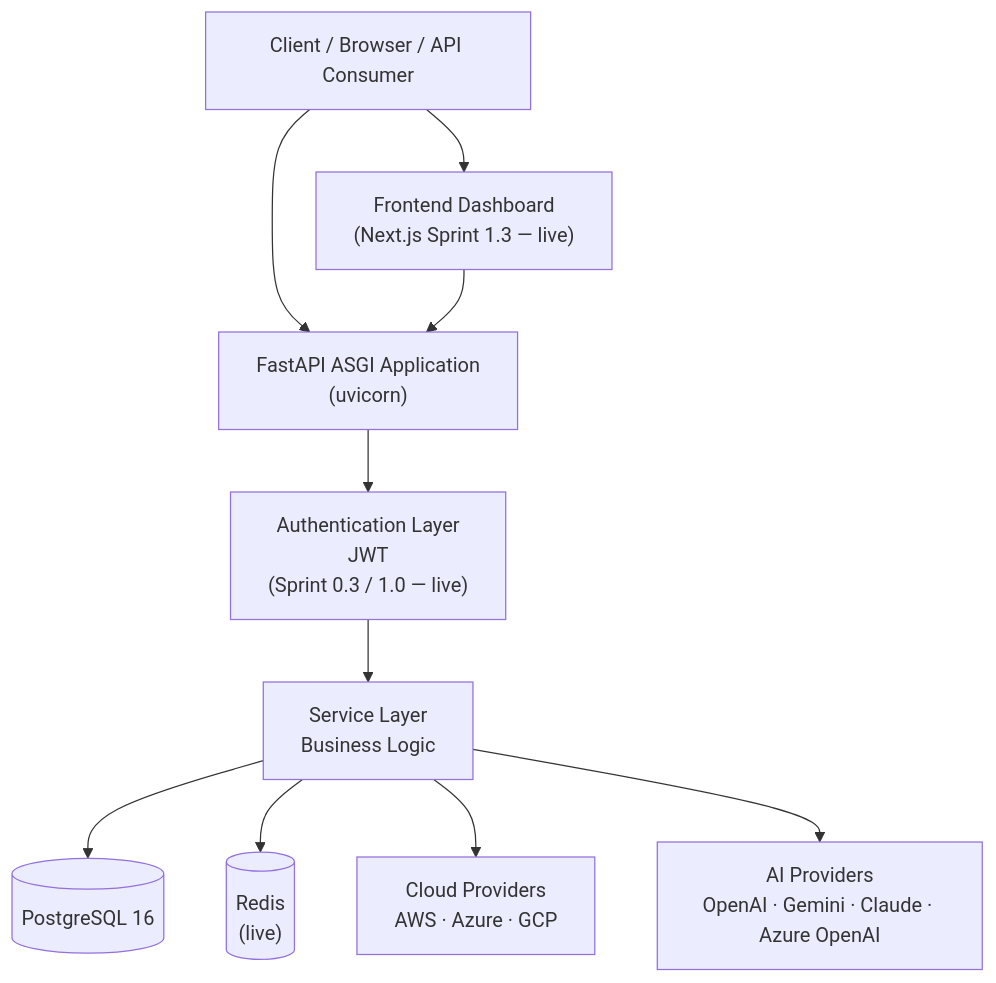
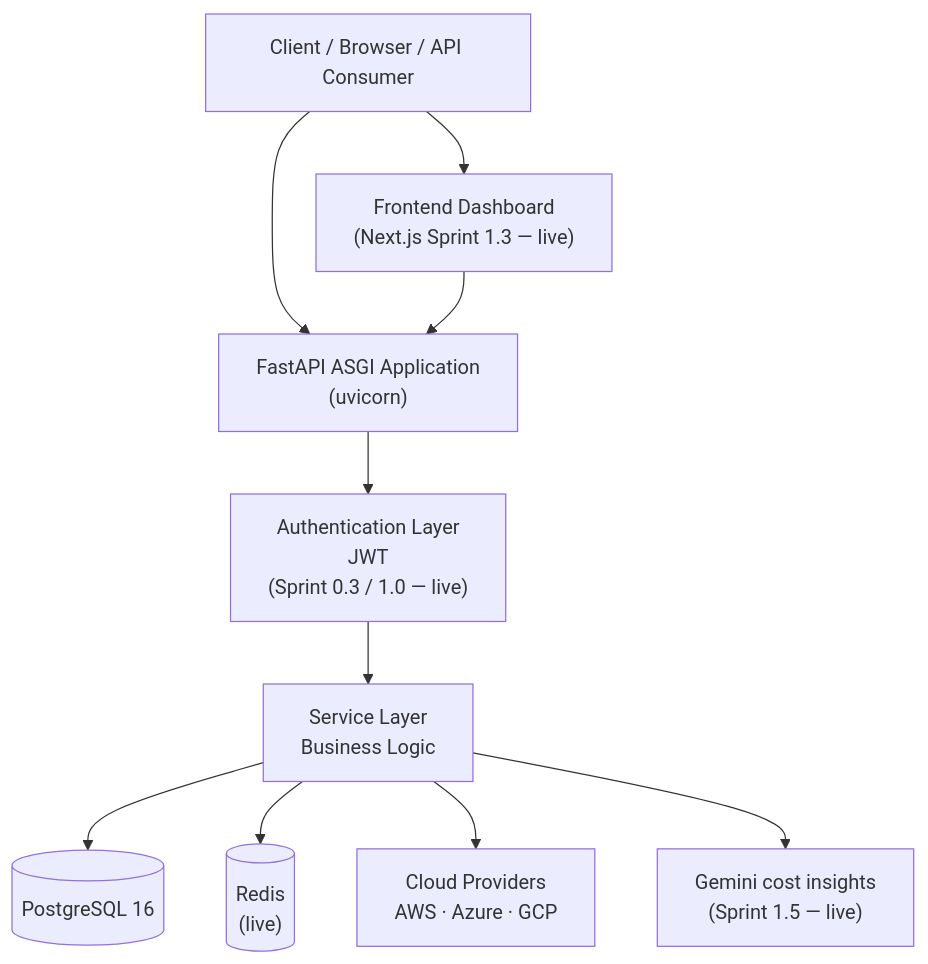
One commit to manikantadakarapu/multi-cloud-ai-cost-detector changed the first of 11 diagrams in docs/architecture.md. Above: the diagram before and after it, drawn with Mermaid. The commit also changed other lines of this file and 31 other files, not shown here.

First line of the commit message:
feat(ai): deliver Sprint 1.5 intelligent cost insights with Gemini (#30)

````diff
--- a/docs/architecture.md
+++ b/docs/architecture.md
@@ -71,22 +69,22 @@
 ```mermaid
 graph TD
     User["Client / Browser / API Consumer"]
     FE["Frontend Dashboard<br/>(Next.js Sprint 1.3 — live)"]
     API["FastAPI ASGI Application<br/>(uvicorn)"]
     AuthN["Authentication Layer<br/>JWT<br/>(Sprint 0.3 / 1.0 — live)"]
     Svc["Service Layer<br/>Business Logic"]
     DB[("PostgreSQL 16")]
     Redis[("Redis<br/>(live)")]
     Cloud["Cloud Providers<br/>AWS · Azure · GCP"]
-    AI["AI Providers<br/>OpenAI · Gemini · Claude · Azure OpenAI"]
+    AI["Gemini cost insights<br/>(Sprint 1.5 — live)"]
 
     User --> FE
     User --> API
     FE --> API
     API --> AuthN
     AuthN --> Svc
     Svc --> DB
     Svc --> Redis
     Svc --> Cloud
     Svc --> AI
 ```
````
